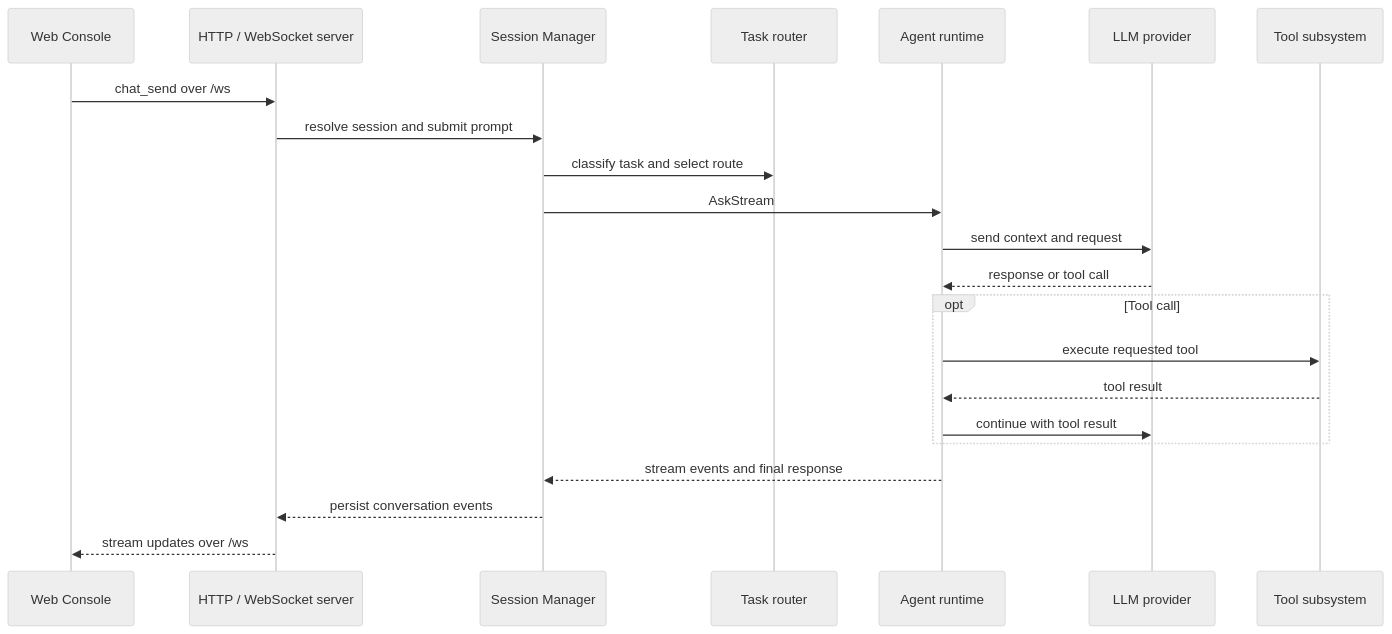
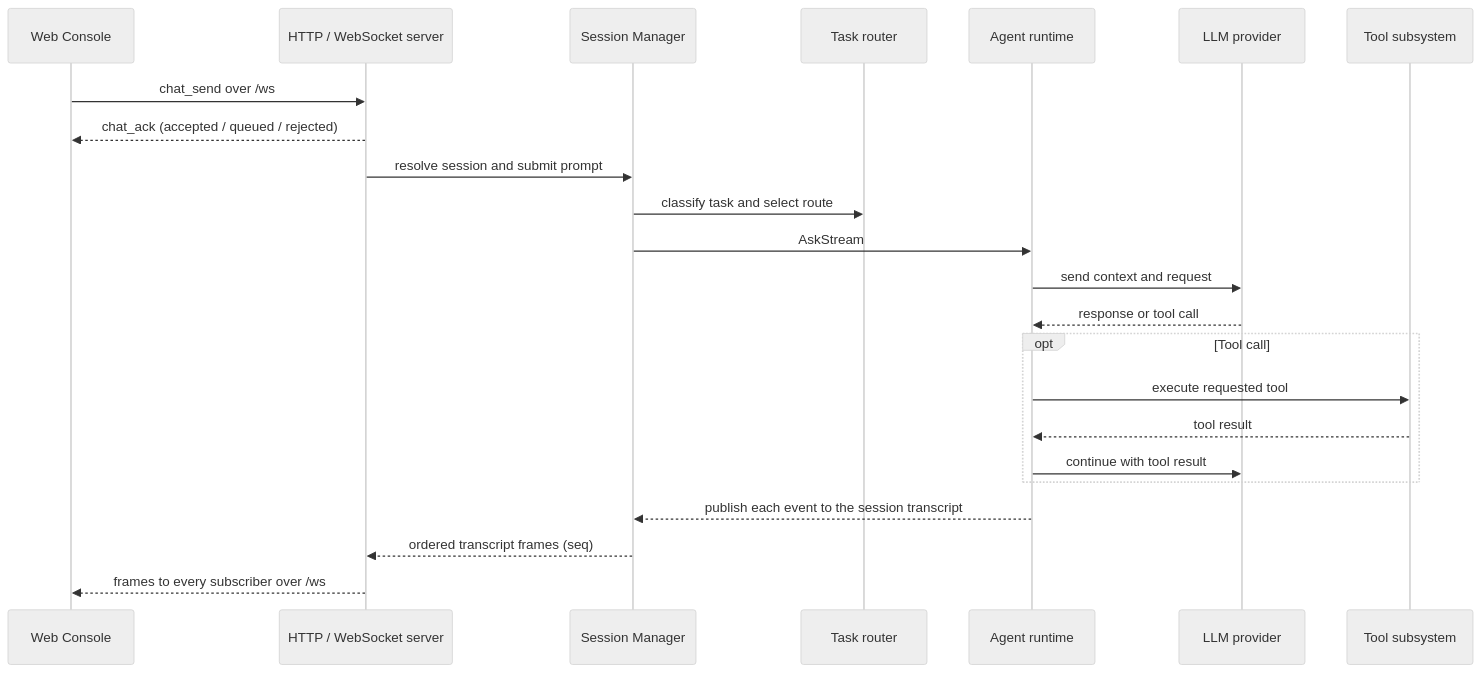
Before and after one commit to Fize/soloQueue: the second of 2 diagrams in docs/architecture.md, drawn with Mermaid (neutral theme). The commit also changed other lines of this file and 79 other files, not shown here.

````diff
--- a/docs/architecture.md
+++ b/docs/architecture.md
@@ -46,24 +46,25 @@
 ```mermaid
 sequenceDiagram
   participant Browser as Web Console
   participant API as HTTP / WebSocket server
   participant Session as Session Manager
   participant Router as Task router
   participant Agent as Agent runtime
   participant LLM as LLM provider
   participant Tool as Tool subsystem
   Browser->>API: chat_send over /ws
+  API-->>Browser: chat_ack (accepted / queued / rejected)
   API->>Session: resolve session and submit prompt
   Session->>Router: classify task and select route
   Session->>Agent: AskStream
   Agent->>LLM: send context and request
   LLM-->>Agent: response or tool call
   opt Tool call
     Agent->>Tool: execute requested tool
     Tool-->>Agent: tool result
     Agent->>LLM: continue with tool result
   end
-  Agent-->>Session: stream events and final response
-  Session-->>API: persist conversation events
-  API-->>Browser: stream updates over /ws
+  Agent-->>Session: publish each event to the session transcript
+  Session-->>API: ordered transcript frames (seq)
+  API-->>Browser: frames to every subscriber over /ws
 ```
````
